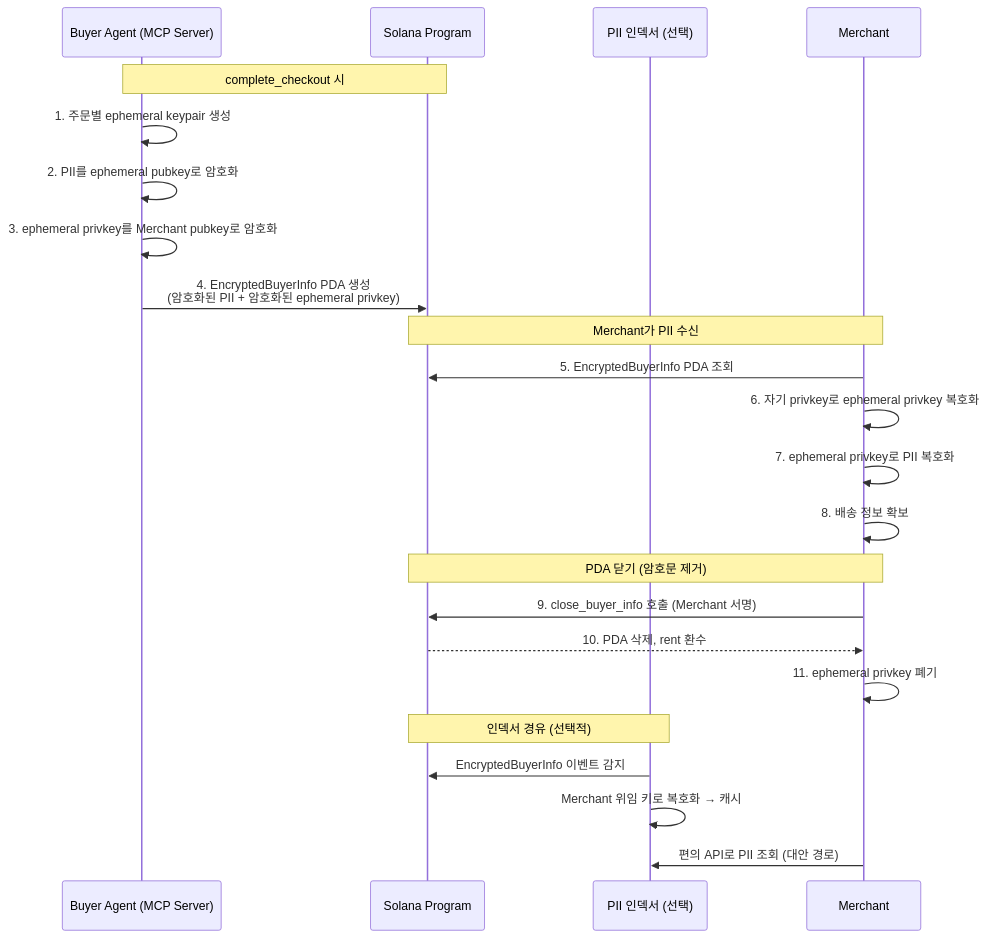
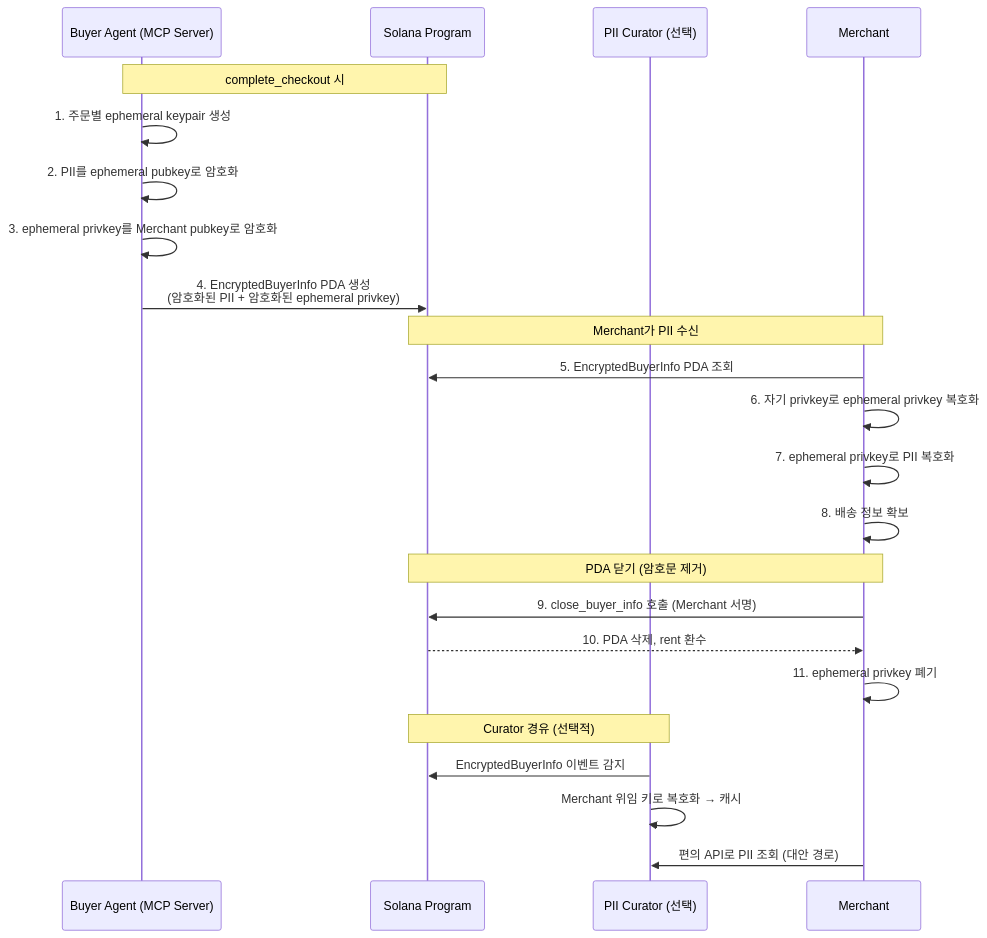
Before and after one commit to hayden-02055/interlude: the fourth of 5 diagrams in docs/02-data-mapping.md, drawn with Mermaid. The commit also changed other lines of this file and 9 other files, not shown here.

````diff
--- a/docs/02-data-mapping.md
+++ b/docs/02-data-mapping.md
@@ -172,29 +173,29 @@
 ```mermaid
 sequenceDiagram
   participant A as Buyer Agent (MCP Server)
   participant S as Solana Program
-  participant I as PII 인덱서 (선택)
+  participant I as PII Curator (선택)
   participant M as Merchant
 
   Note over A,S: complete_checkout 시
   A->>A: 1. 주문별 ephemeral keypair 생성
   A->>A: 2. PII를 ephemeral pubkey로 암호화
   A->>A: 3. ephemeral privkey를 Merchant pubkey로 암호화
   A->>S: 4. EncryptedBuyerInfo PDA 생성<br/>(암호화된 PII + 암호화된 ephemeral privkey)
 
   Note over M,S: Merchant가 PII 수신
   M->>S: 5. EncryptedBuyerInfo PDA 조회
   M->>M: 6. 자기 privkey로 ephemeral privkey 복호화
   M->>M: 7. ephemeral privkey로 PII 복호화
   M->>M: 8. 배송 정보 확보
 
   Note over M,S: PDA 닫기 (암호문 제거)
   M->>S: 9. close_buyer_info 호출 (Merchant 서명)
   S-->>M: 10. PDA 삭제, rent 환수
   M->>M: 11. ephemeral privkey 폐기
 
-  Note over I,S: 인덱서 경유 (선택적)
+  Note over I,S: Curator 경유 (선택적)
   I->>S: EncryptedBuyerInfo 이벤트 감지
   I->>I: Merchant 위임 키로 복호화 → 캐시
   M->>I: 편의 API로 PII 조회 (대안 경로)
 ```
````
